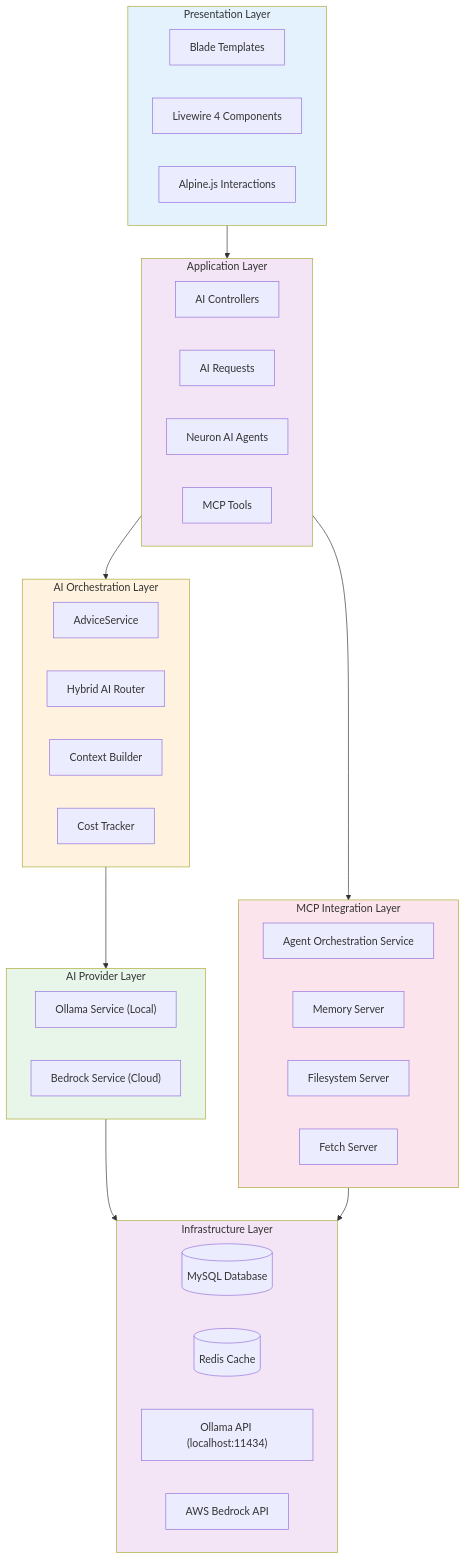
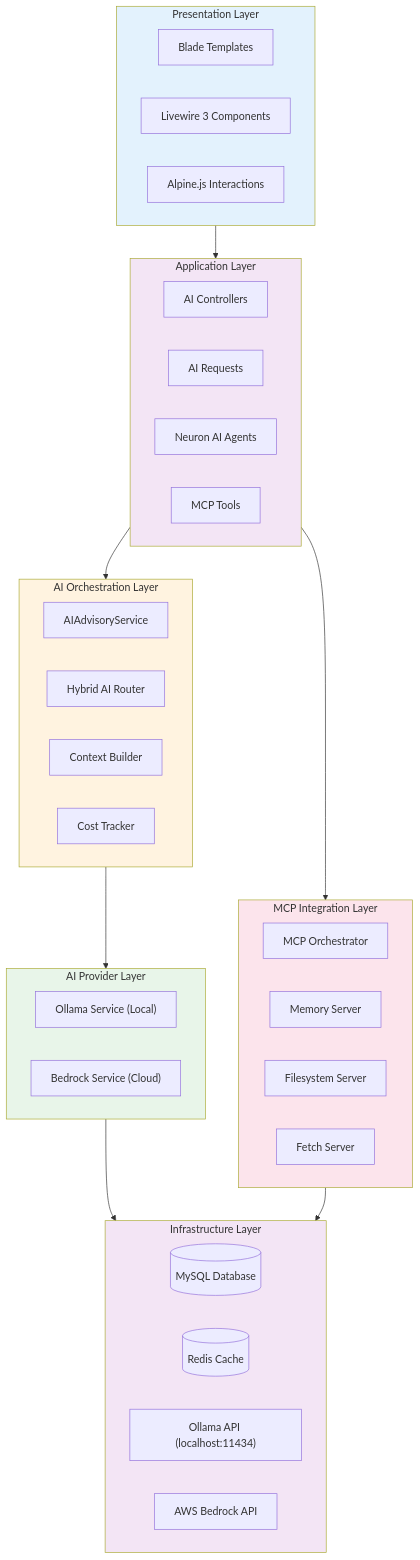
One commit to exatfrds67/umamusume-career-planner changed the first of 9 diagrams in docs/01-tech-flow/TECH-FLOW-006_AI_Advisory_Flow.md. Above: the diagram before and after it, drawn with Mermaid. The commit also changed other lines of this file and 58 other files, not shown here.

Commit message:
docs(flow): fix markdownlint errors in diagrams, flows, sequences, tech-flow, user-flows, and wireframes

````diff
--- a/docs/01-tech-flow/TECH-FLOW-006_AI_Advisory_Flow.md
+++ b/docs/01-tech-flow/TECH-FLOW-006_AI_Advisory_Flow.md
@@ -47,55 +47,55 @@
 ```mermaid
 flowchart TB
     subgraph Presentation["Presentation Layer"]
         Blade["Blade Templates"]
-        Livewire["Livewire 4 Components"]
+        Livewire["Livewire 3 Components"]
         Alpine["Alpine.js Interactions"]
     end
     
     subgraph Application["Application Layer"]
         Controllers["AI Controllers"]
         FormRequests["AI Requests"]
         NeuronAgents["Neuron AI Agents"]
         MCPTools["MCP Tools"]
     end
     
     subgraph AIOrchestration["AI Orchestration Layer"]
-        AIAdvisory["AdviceService"]
+        AIAdvisory["AIAdvisoryService"]
         HybridRouter["Hybrid AI Router"]
         ContextBuilder["Context Builder"]
         CostTracker["Cost Tracker"]
     end
     
     subgraph Providers["AI Provider Layer"]
         Ollama["Ollama Service (Local)"]
         Bedrock["Bedrock Service (Cloud)"]
     end
     
     subgraph MCPLayer["MCP Integration Layer"]
-        MCPOrchestrator["Agent Orchestration Service"]
+        MCPOrchestrator["MCP Orchestrator"]
         MemoryServer["Memory Server"]
         FilesystemServer["Filesystem Server"]
         FetchServer["Fetch Server"]
     end
     
     subgraph Infrastructure["Infrastructure Layer"]
         MySQL[("MySQL Database")]
         Redis[("Redis Cache")]
         OllamaAPI["Ollama API (localhost:11434)"]
         AWSBedrock["AWS Bedrock API"]
     end
     
     Presentation --> Application
     Application --> AIOrchestration
     Application --> MCPLayer
     AIOrchestration --> Providers
     Providers --> Infrastructure
     MCPLayer --> Infrastructure
     
     style Presentation fill:#e3f2fd
     style Application fill:#f3e5f5
     style AIOrchestration fill:#fff3e0
     style Providers fill:#e8f5e9
     style MCPLayer fill:#fce4ec
     style Infrastructure fill:#f3e5f5
 ```
````
